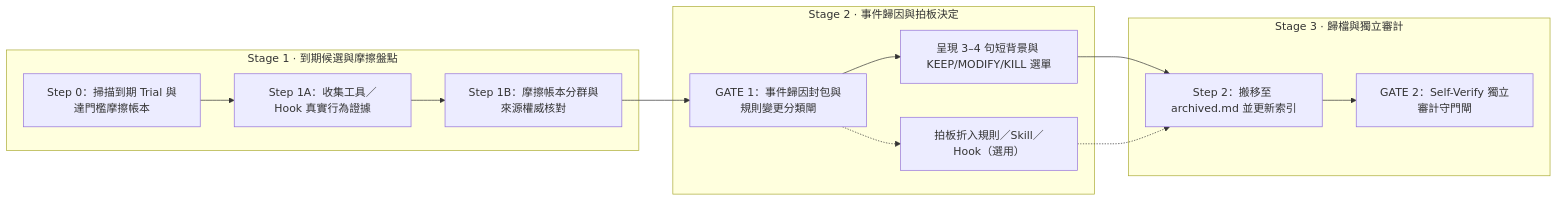
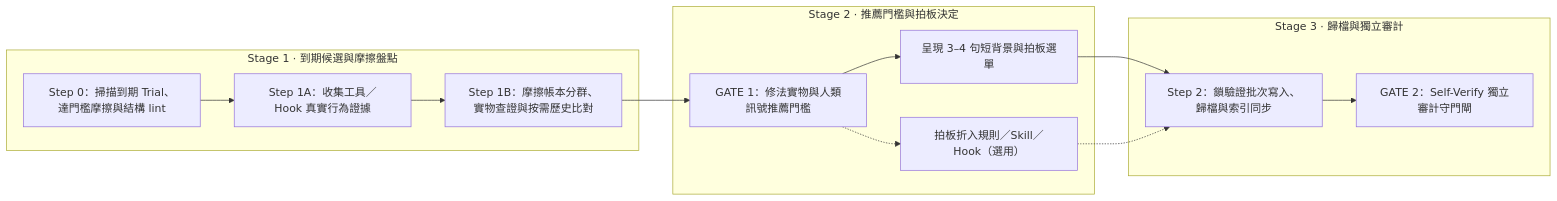
One commit to GGGODLIN/gggodlin-cc-harness changed the diagram in folder-level/.claude/commands/trial-review.overview.md. Above: the diagram before and after it, drawn with Mermaid. The commit also changed other lines of this file and 334 other files, not shown here.

````diff
--- a/folder-level/.claude/commands/trial-review.overview.md
+++ b/folder-level/.claude/commands/trial-review.overview.md
@@ -12,16 +12,16 @@
 ```mermaid
 flowchart LR
   subgraph S1["Stage 1 · 到期候選與摩擦盤點"]
-    Step0["Step 0：掃描到期 Trial 與達門檻摩擦帳本"] --> Step1A["Step 1A：收集工具／Hook 真實行為證據"] --> Step1B["Step 1B：摩擦帳本分群與來源權威核對"]
+    Step0["Step 0：掃描到期 Trial、達門檻摩擦與結構 lint"] --> Step1A["Step 1A：收集工具／Hook 真實行為證據"] --> Step1B["Step 1B：摩擦帳本分群、實物查證與按需歷史比對"]
   end
-  subgraph S2["Stage 2 · 事件歸因與拍板決定"]
-    Gate1["GATE 1：事件歸因封包與規則變更分類閘"] --> Decide["呈現 3–4 句短背景與 KEEP/MODIFY/KILL 選單"]
+  subgraph S2["Stage 2 · 推薦門檻與拍板決定"]
+    Gate1["GATE 1：修法實物與人類訊號推薦門檻"] --> Decide["呈現 3–4 句短背景與拍板選單"]
     Gate1 -.-> FoldIn["拍板折入規則／Skill／Hook（選用）"]
   end
   subgraph S3["Stage 3 · 歸檔與獨立審計"]
-    Archive["Step 2：搬移至 archived.md 並更新索引"] --> Verify["GATE 2：Self-Verify 獨立審計守門閘"]
+    Archive["Step 2：鎖驗證批次寫入、歸檔與索引同步"] --> Verify["GATE 2：Self-Verify 獨立審計守門閘"]
   end
   Step1B --> Gate1
   Decide --> Archive
   FoldIn -.-> Archive
 ```
````
